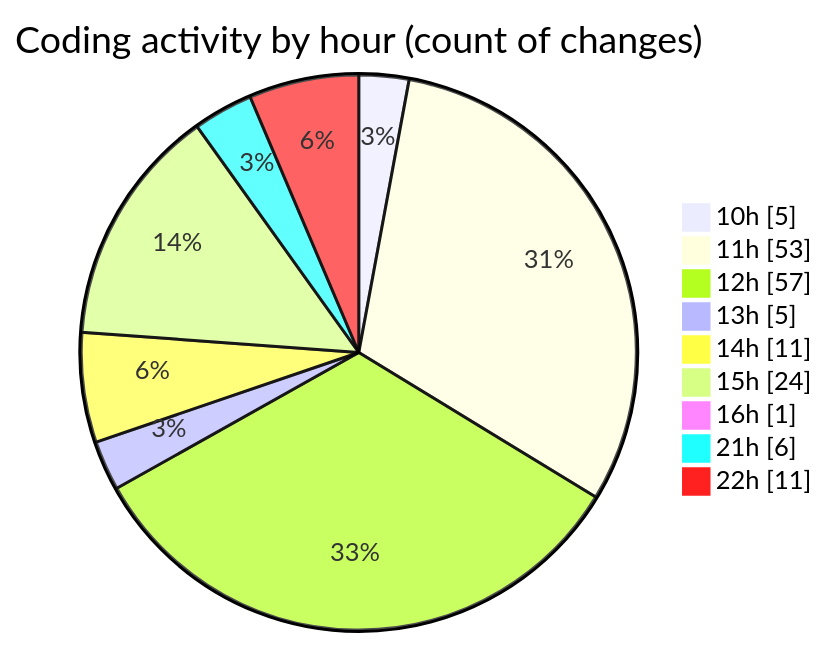
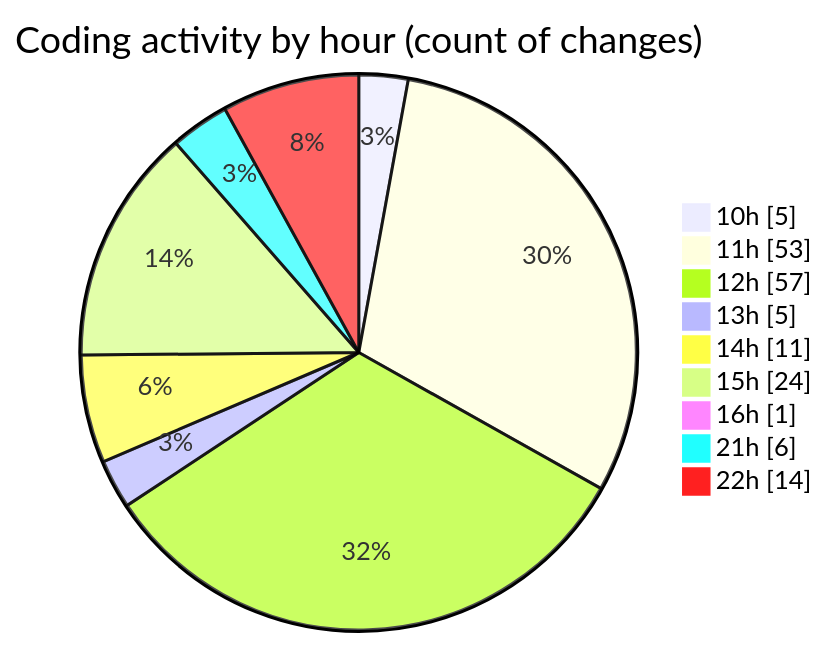
Before and after one commit to momahboobian/code-tracking: the second of 2 diagrams in 2025-06-17/cda/README.md, drawn with Mermaid. The commit also changed other lines of this file and 1 other file, not shown here.

````diff
--- a/2025-06-17/cda/README.md
+++ b/2025-06-17/cda/README.md
@@ -60,13 +61,13 @@
 ```mermaid
 pie showData
 title Coding activity by hour (count of changes)
 "10h" : 5
 "11h" : 53
 "12h" : 57
 "13h" : 5
 "14h" : 11
 "15h" : 24
 "16h" : 1
 "21h" : 6
-"22h" : 11
+"22h" : 14
 ```
````
